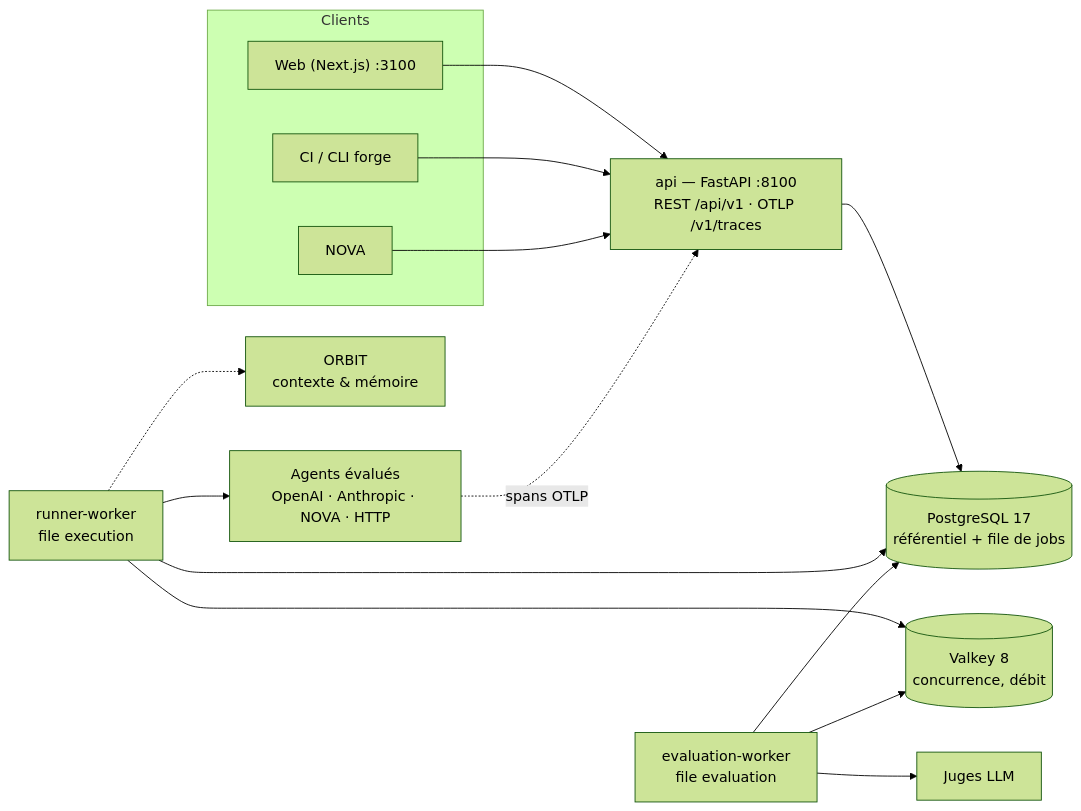
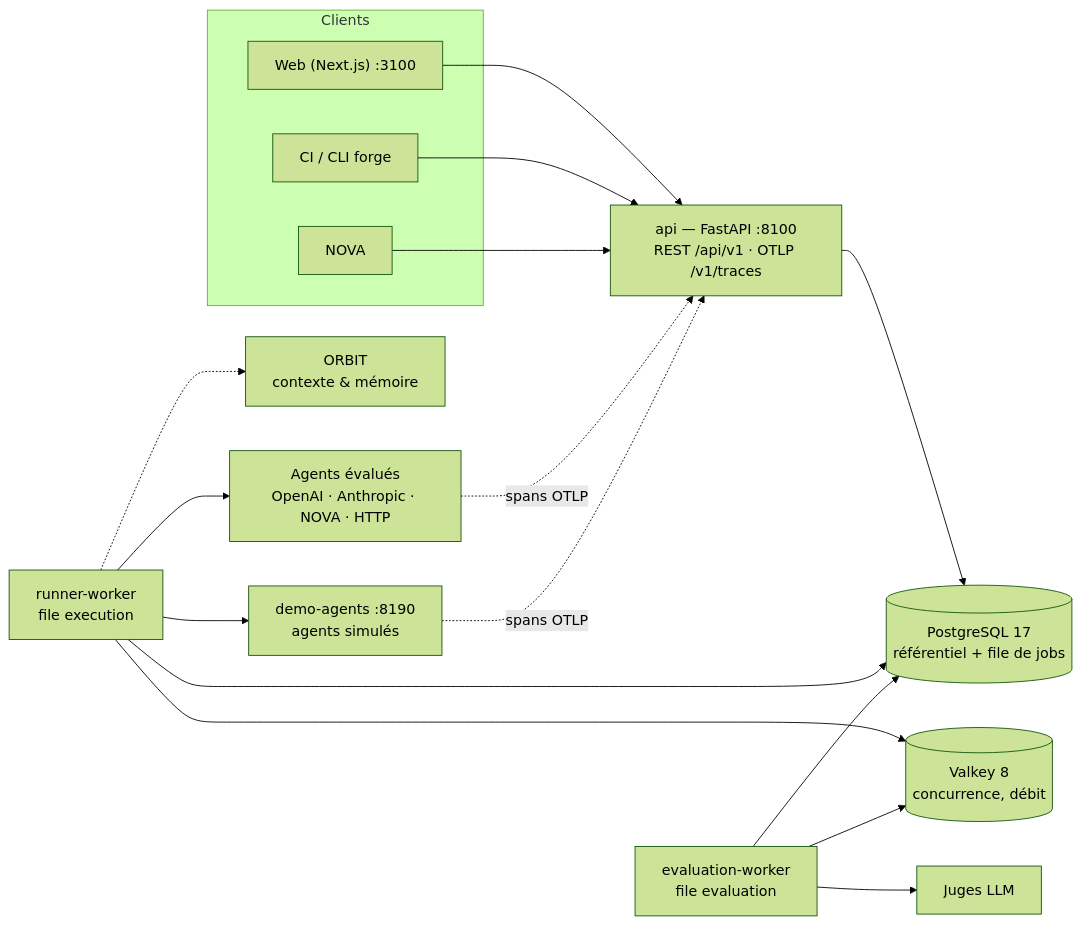
One commit to yassineaqejjaj/FORGE changed the diagram in README.md. Above: the diagram before and after it, drawn with Mermaid (forest theme). The commit also changed other lines of this file and 1 other file, not shown here.

````diff
--- a/README.md
+++ b/README.md
@@ -76,27 +85,30 @@
 ```mermaid
 flowchart LR
     subgraph Clients
         UI["Web (Next.js) :3100"]
         CI["CI / CLI forge"]
         NOVA["NOVA"]
     end
     API["api — FastAPI :8100<br/>REST /api/v1 · OTLP /v1/traces"]
     RW["runner-worker<br/>file execution"]
     EW["evaluation-worker<br/>file evaluation"]
     PG[("PostgreSQL 17<br/>référentiel + file de jobs")]
     VK[("Valkey 8<br/>concurrence, débit")]
     AG["Agents évalués<br/>OpenAI · Anthropic · NOVA · HTTP"]
+    DA["demo-agents :8190<br/>agents simulés"]
     JU["Juges LLM"]
     ORB["ORBIT<br/>contexte & mémoire"]
 
     UI --> API
     CI --> API
     NOVA --> API
     API --> PG
     RW --> PG & VK
     EW --> PG & VK
     RW --> AG
+    RW --> DA
     RW -.-> ORB
     AG -. spans OTLP .-> API
+    DA -. spans OTLP .-> API
     EW --> JU
 ```
````
